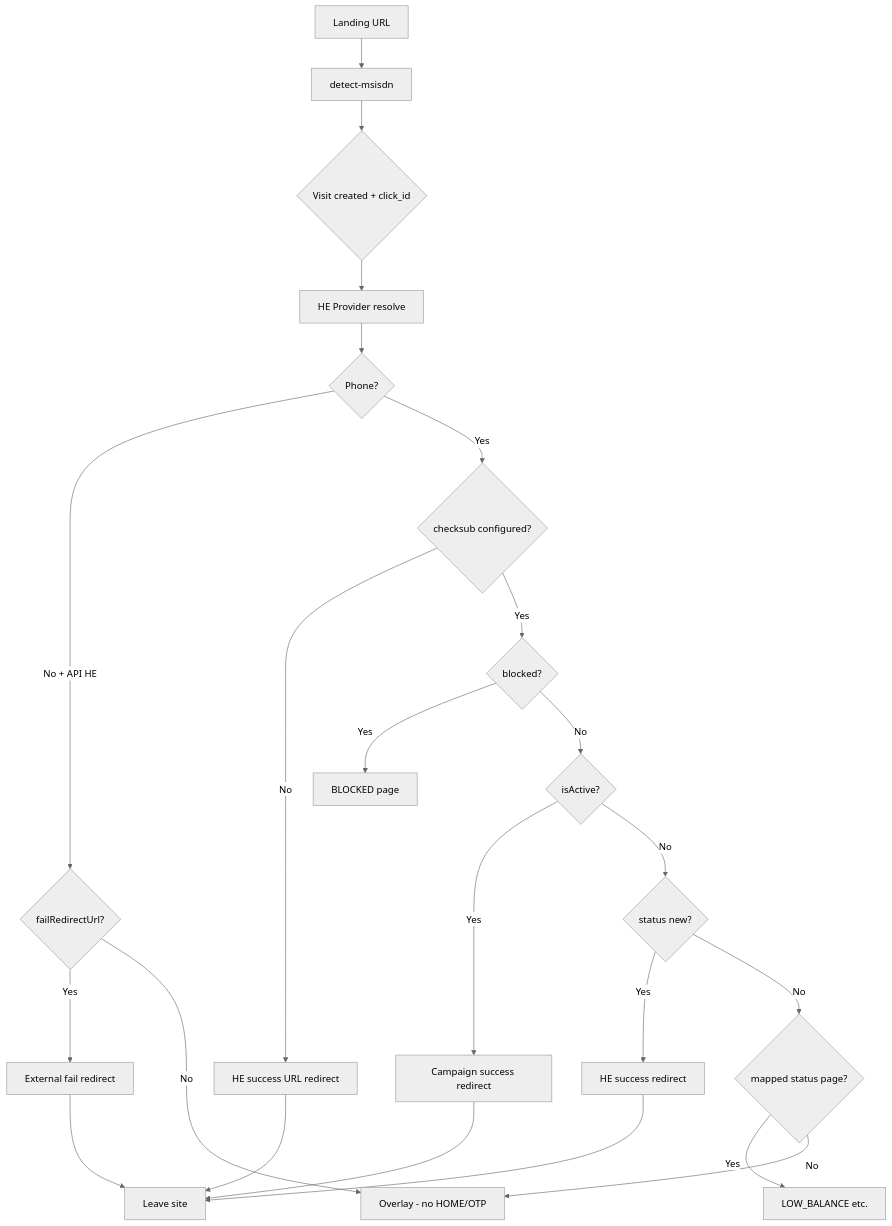
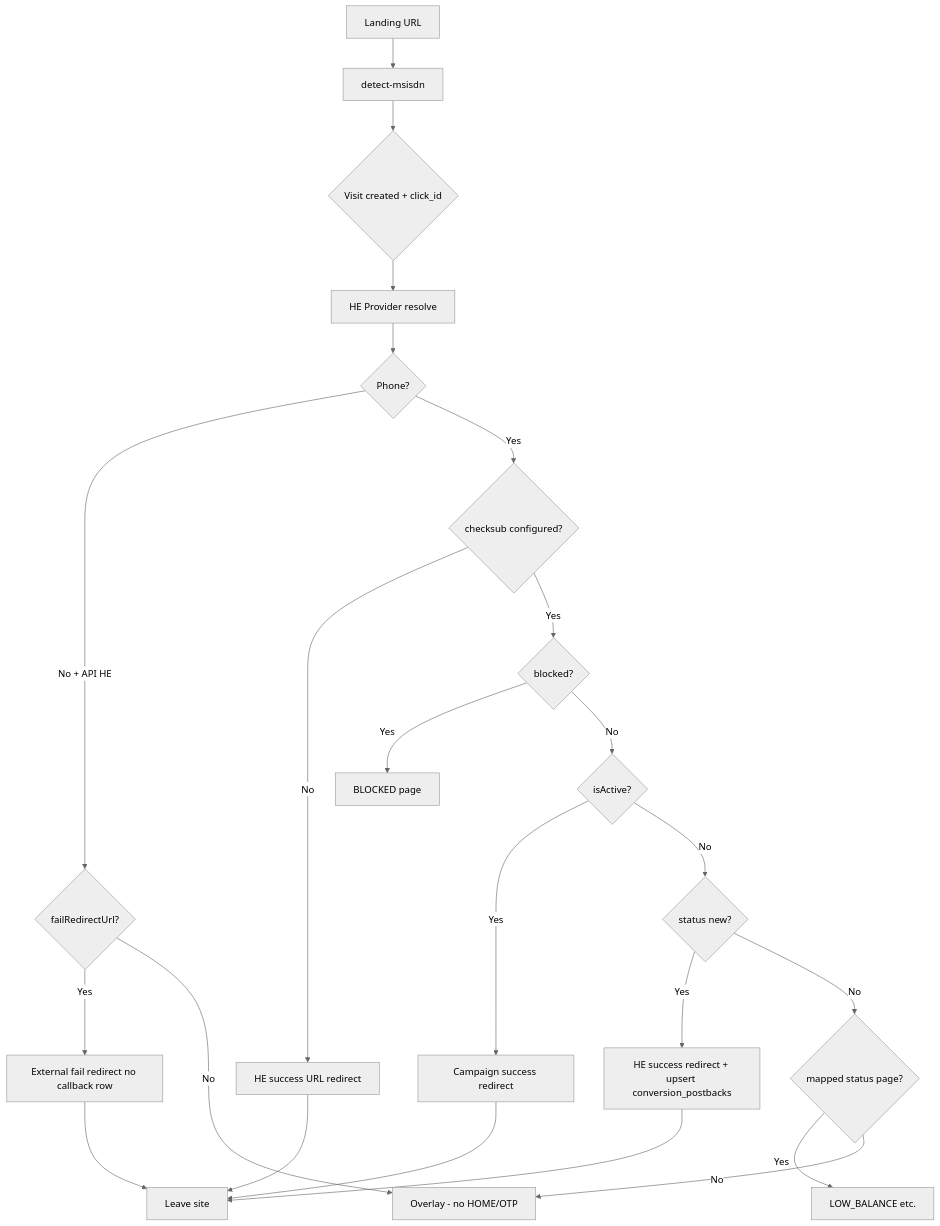
One commit to jplitsolution/html-canvas changed the diagram in docs/HE-DETECT-FLOW-ARCHITECTURE.md. Above: the diagram before and after it, drawn with Mermaid (neutral theme). The commit also changed other lines of this file and 6 other files, not shown here.

````diff
--- a/docs/HE-DETECT-FLOW-ARCHITECTURE.md
+++ b/docs/HE-DETECT-FLOW-ARCHITECTURE.md
@@ -317,28 +320,28 @@
 ```mermaid
 flowchart TD
   A[Landing URL] --> B[detect-msisdn]
   B --> C{Visit created + click_id}
   C --> D[HE Provider resolve]
   D --> E{Phone?}
 
   E -->|No + API HE| F{failRedirectUrl?}
-  F -->|Yes| G[External fail redirect]
+  F -->|Yes| G[External fail redirect no callback row]
   F -->|No| H[Overlay - no HOME/OTP]
 
   E -->|Yes| I{checksub configured?}
   I -->|No| J[HE success URL redirect]
   I -->|Yes| K{blocked?}
   K -->|Yes| L[BLOCKED page]
   K -->|No| M{isActive?}
   M -->|Yes| N[Campaign success redirect]
   M -->|No| O{status new?}
-  O -->|Yes| P[HE success redirect]
+  O -->|Yes| P[HE success redirect + upsert conversion_postbacks]
   O -->|No| Q{mapped status page?}
   Q -->|Yes| R[LOW_BALANCE etc.]
   Q -->|No| H
 
   G --> S[Leave site]
   N --> S
   P --> S
   J --> S
 ```
````
